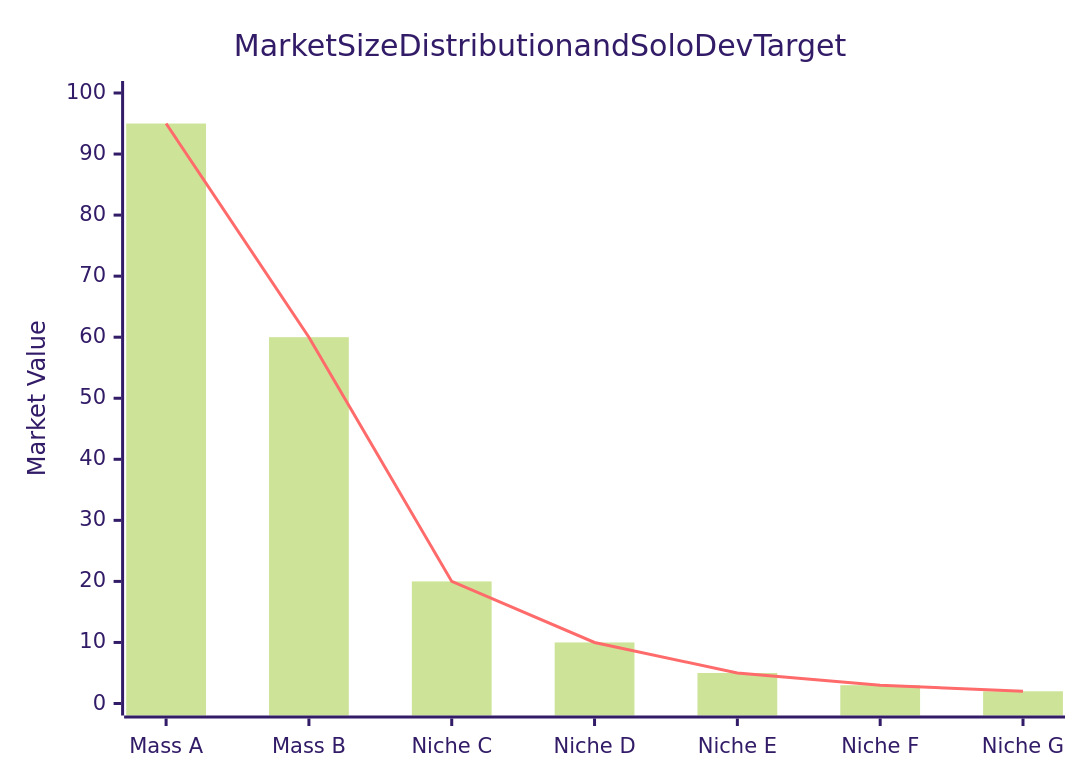
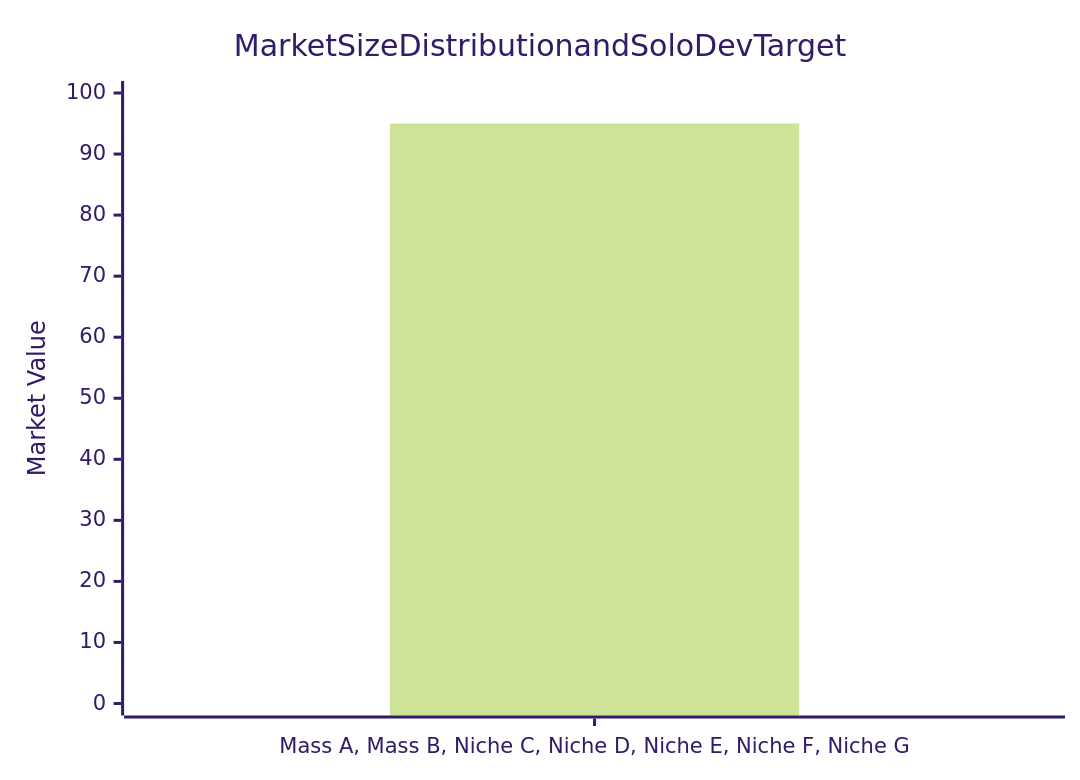
Before and after one commit to kenjinote/blog: the first of 2 diagrams in content/post/solo_dev_survival/index.en.md, drawn with Mermaid (forest theme). The commit also changed 573 other files, not shown here.

Commit message:
fix: Resolve Mermaid syntax errors caused by nested double quotes in node names

````diff
--- a/content/post/solo_dev_survival/index.en.md
+++ b/content/post/solo_dev_survival/index.en.md
@@ -38,8 +38,8 @@
 ```mermaid
 xychart-beta
     title Market Size Distribution and Solo Dev Target
-  x-axis ["Mass A", "Mass B", "Niche C", "Niche D", "Niche E", "Niche F", "Niche G"]
+  x-axis ["Mass A, Mass B, Niche C, Niche D, Niche E, Niche F, Niche G"]
   y-axis "Market Value" 0 --> 100
   bar [95, 60, 20, 10, 5, 3, 2]
   line [95, 60, 20, 10, 5, 3, 2]
 ```
````
